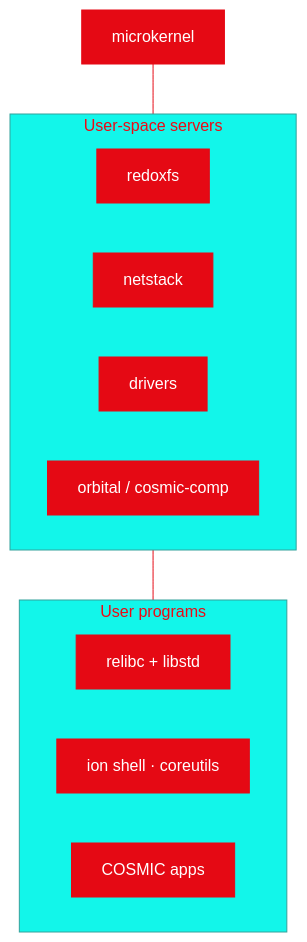
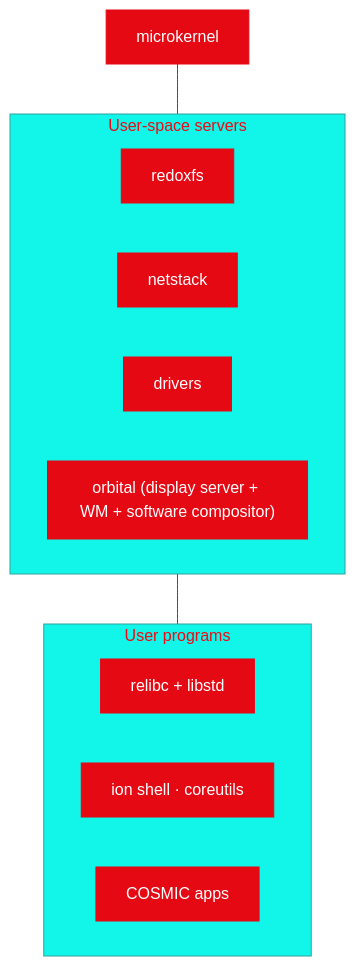
The second of 2 diagrams in docs/architecture.md (Gh0s777tt/E-OS), drawn with Mermaid before and after one commit. The commit also changed other lines of this file and 15 other files, not shown here.

````diff
--- a/docs/architecture.md
+++ b/docs/architecture.md
@@ -57,20 +57,20 @@
 ```mermaid
 %%{init: {'theme':'base','themeVariables':{'primaryColor':'#E50914','primaryTextColor':'#fff','primaryBorderColor':'#E50914','lineColor':'#E50914','secondaryColor':'#1f1f1f','fontFamily':'Fira Code'}}}%%
 flowchart TD
     K["microkernel"]
     subgraph servers["User-space servers"]
         FS["redoxfs"]
         NET["netstack"]
         DRV["drivers"]
-        DISP["orbital / cosmic-comp"]
+        DISP["orbital (display server + WM + software compositor)"]
     end
     subgraph user["User programs"]
         LIBC["relibc + libstd"]
         SH["ion shell · coreutils"]
         APP["COSMIC apps"]
     end
     K --- servers
     servers --- user
     classDef red fill:#E50914,stroke:#E50914,color:#fff;
     class K red;
 ```
````
